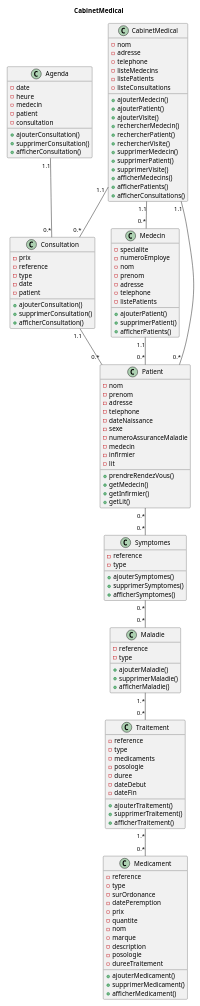
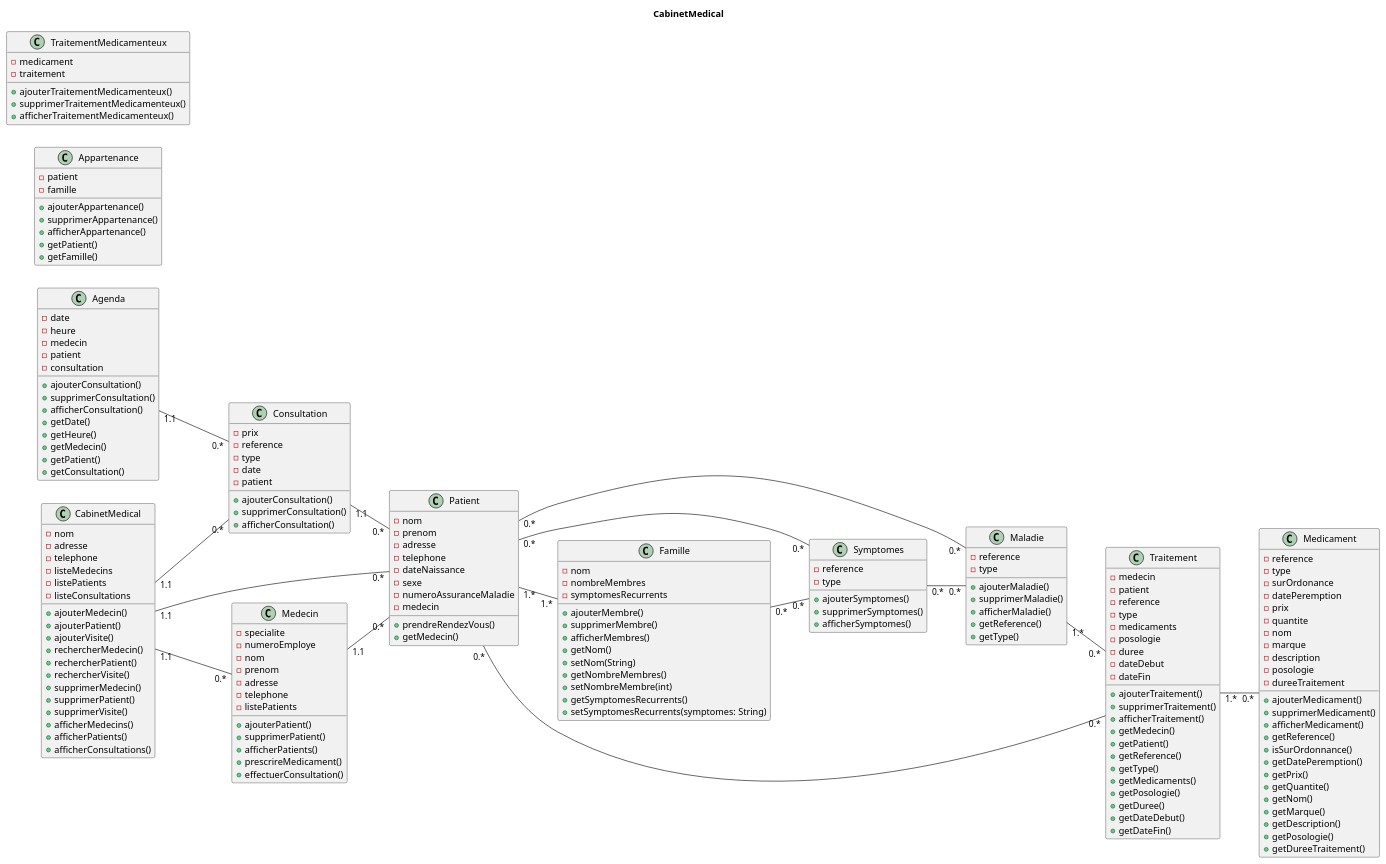
One commit to Guillaume-G9/BLOG-UML changed the diagram in MERISE/etudes_de_cas/cabinet_medical.puml. Above: the diagram before and after it, drawn with PlantUML. The commit also changed 1 other file, not shown here.

```diff
--- a/MERISE/etudes_de_cas/cabinet_medical.puml
+++ b/MERISE/etudes_de_cas/cabinet_medical.puml
@@ -1,8 +1,40 @@
 @startuml Cabinet Medical
 
-scale 0.7
 
 Title CabinetMedical
+
+class Famille {
+    -nom
+    -nombreMembres
+    -symptomesRecurrents
+    +ajouterMembre()
+    +supprimerMembre()
+    +afficherMembres()
+    +getNom()
+    +setNom(String)
+    +getNombreMembres()
+    +setNombreMembre(int)
+    +getSymptomesRecurrents()
+    +setSymptomesRecurrents(symptomes: String)
+}
+
+class Appartenance {
+    -patient
+    -famille
+    +ajouterAppartenance()
+    +supprimerAppartenance()
+    +afficherAppartenance()
+    +getPatient()
+    +getFamille()
+}
+
+class TraitementMedicamenteux {
+    -medicament
+    -traitement
+    +ajouterTraitementMedicamenteux()
+    +supprimerTraitementMedicamenteux()
+    +afficherTraitementMedicamenteux()
+}
 
 class Agenda {
     -date
@@ -13,6 +45,11 @@
     +ajouterConsultation()
     +supprimerConsultation()
     +afficherConsultation()
+    +getDate()
+    +getHeure()
+    +getMedecin()
+    +getPatient()
+    +getConsultation()
 }
 
 class Medicament {
@@ -30,9 +67,21 @@
     +ajouterMedicament()
     +supprimerMedicament()
     +afficherMedicament()
+    +getReference()
+    +isSurOrdonnance()
+    +getDatePeremption()
+    +getPrix()
+    +getQuantite()
+    +getNom()
+    +getMarque()
+    +getDescription()
+    +getPosologie()
+    +getDureeTraitement()
 }
 
 class Traitement {
+    -medecin
+    -patient
     -reference
     -type
     -medicaments
@@ -43,6 +92,15 @@
     +ajouterTraitement()
     +supprimerTraitement()
     +afficherTraitement()
+    +getMedecin()
+    +getPatient()
+    +getReference()
+    +getType()
+    +getMedicaments()
+    +getPosologie()
+    +getDuree()
+    +getDateDebut()
+    +getDateFin()
 }
 
 class Maladie {
@@ -51,6 +109,8 @@
     +ajouterMaladie()
     +supprimerMaladie()
     +afficherMaladie()
+    +getReference()
+    +getType()
 }
 
 class Symptomes {
@@ -104,6 +164,8 @@
     +ajouterPatient()
     +supprimerPatient()
     +afficherPatients()
+    +prescrireMedicament()
+    +effectuerConsultation()
 }
 
 class Patient {
@@ -115,13 +177,11 @@
     -sexe
     -numeroAssuranceMaladie
     -medecin
-    -infirmier
-    -lit
     +prendreRendezVous()
     +getMedecin()
-    +getInfirmier()
-    +getLit()
 }
+
+left to right direction
 
 Medecin "1.1" -- "0.*" Patient
 CabinetMedical "1.1"  -- "0.*" Medecin
@@ -129,9 +189,13 @@
 CabinetMedical "1.1"  -- "0.*" Consultation
 Consultation "1.1" -- "0.*" Patient
 Patient "0.*" -- "0.*" Symptomes
+Patient "0.*" -- "0.*" Maladie
+Patient "0.*" -- "0.*" Traitement
 Symptomes "0.*" -- "0.*" Maladie
 Maladie "1.*" -- "0.*" Traitement
 Traitement "1.*" -- "0.*" Medicament
 Agenda "1.1" -- "0.*" Consultation
+Patient "1.*" -- "1.*" Famille
+Famille "0.*" -- "0.*" Symptomes
 
 @enduml
```
